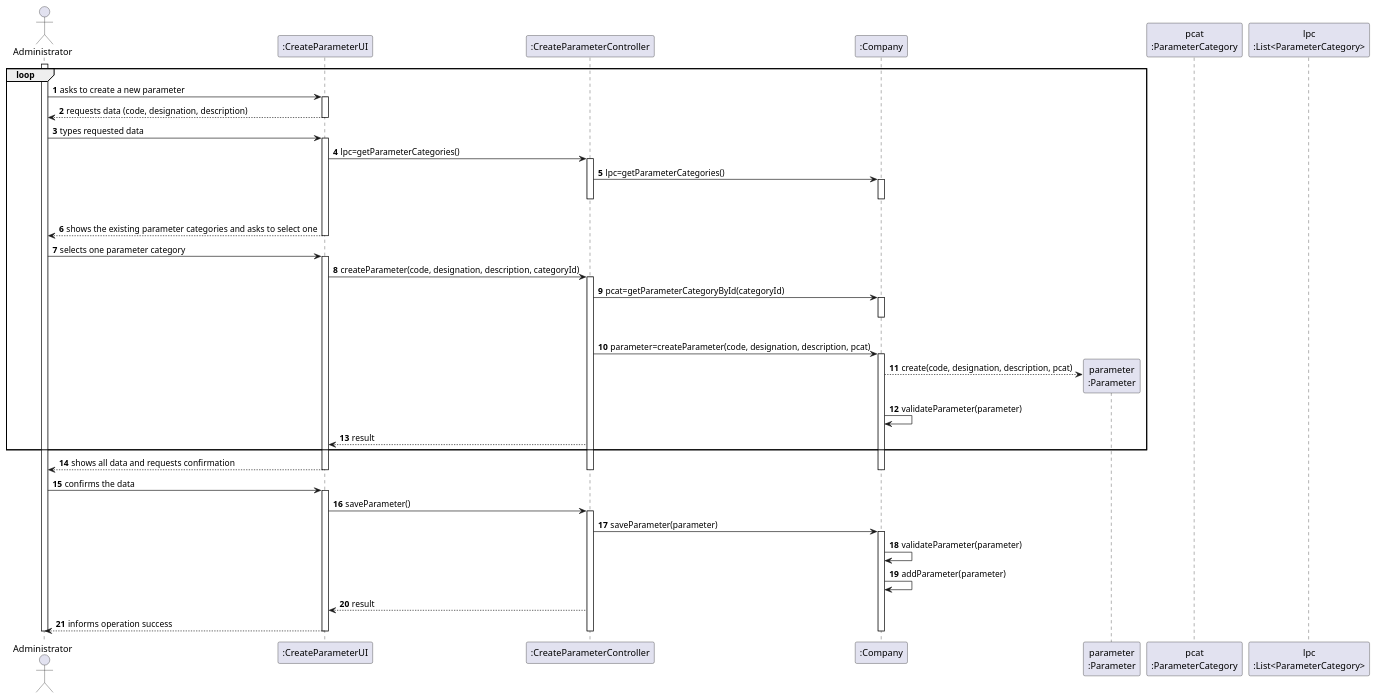
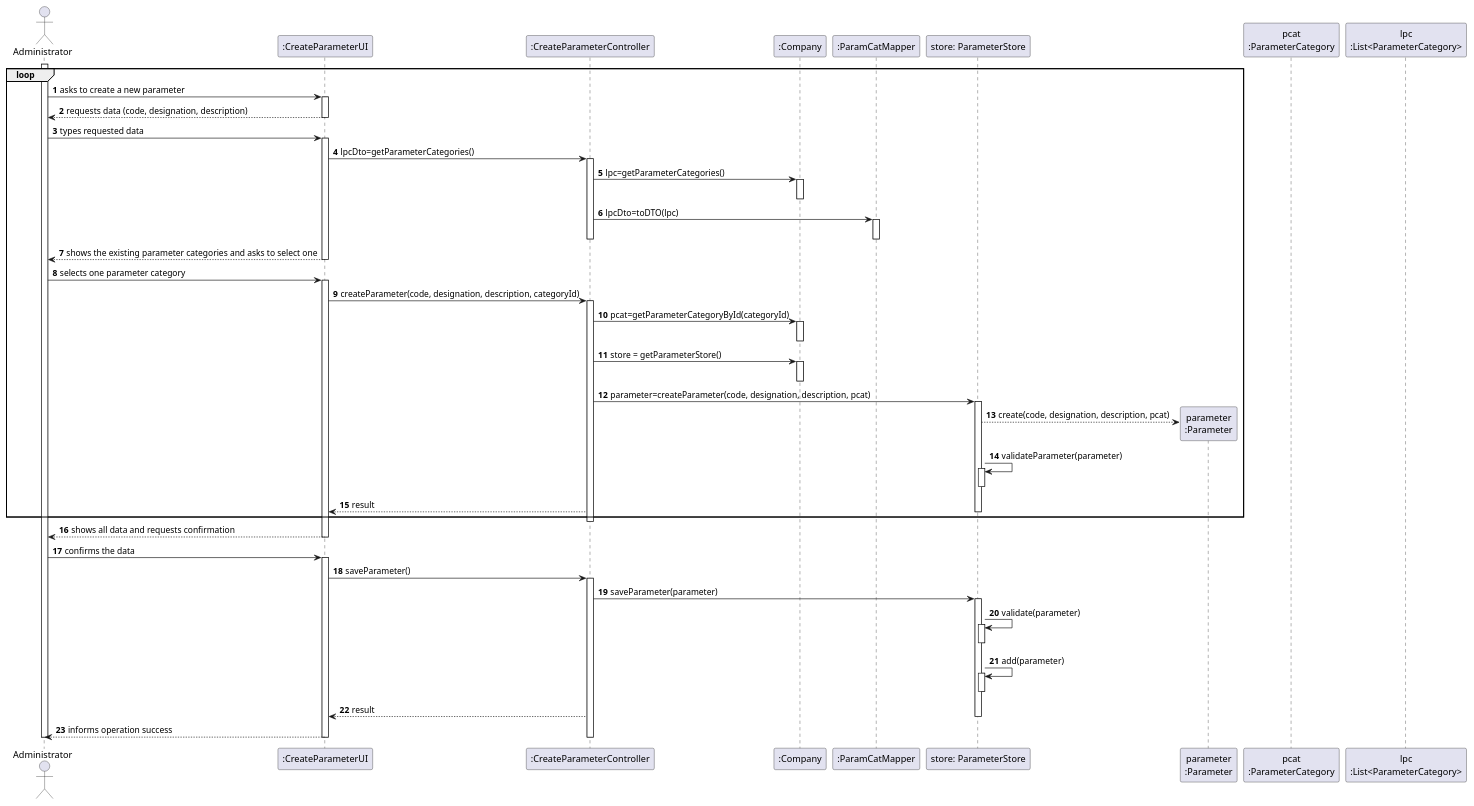
One commit to 0franciscor/lei-21-s2-1de-g19 changed the diagram in docs/SprintB/US10/US10-SD.puml. Above: the diagram before and after it, drawn with PlantUML. The commit also changed 1 other file, not shown here.

Commit message:
adição do DTO no SD US10

```diff
--- a/docs/SprintB/US10/US10-SD.puml
+++ b/docs/SprintB/US10/US10-SD.puml
@@ -1,83 +1,100 @@
 @startuml
 'https://plantuml.com/sequence-diagram
 
 autonumber
 'hide footbox
 actor "Administrator" as ADM
 
 participant ":CreateParameterUI" as CPUI
 participant ":CreateParameterController" as CPC
 participant ":Company" as COMP
+participant ":ParamCatMapper" as PCM
+participant "store: ParameterStore" as PS
 participant "parameter\n:Parameter" as PARAM
 participant "pcat\n:ParameterCategory" as CAT
 participant "lpc\n:List<ParameterCategory>" as LIST_CAT
 
 loop
 activate ADM
 ADM -> CPUI : asks to create a new parameter
 activate CPUI
 CPUI --> ADM : requests data (code, designation, description)
 deactivate CPUI
 
 ADM -> CPUI : types requested data
 activate CPUI
 
-CPUI -> CPC : lpc=getParameterCategories()
+CPUI -> CPC : lpcDto=getParameterCategories()
 activate CPC
 
 CPC -> COMP : lpc=getParameterCategories()
 activate COMP
-|||
 deactivate COMP
+
+CPC -> PCM : lpcDto=toDTO(lpc)
+activate PCM
+deactivate PCM
+
 deactivate CPC
 
 CPUI --> ADM : shows the existing parameter categories and asks to select one
 deactivate COMP
 deactivate CPUI
 
 ADM -> CPUI : selects one parameter category
 activate CPUI
 
 CPUI -> CPC : createParameter(code, designation, description, categoryId)
 activate CPC
 
 CPC -> COMP : pcat=getParameterCategoryById(categoryId)
 activate COMP
-|||
 deactivate COMP
 
-CPC -> COMP: parameter=createParameter(code, designation, description, pcat)
+CPC -> COMP: store = getParameterStore()
 activate COMP
+deactivate COMP
 
-COMP --> PARAM**: create(code, designation, description, pcat)
-COMP -> COMP: validateParameter(parameter)
+CPC -> PS: parameter=createParameter(code, designation, description, pcat)
+activate PS
+
+PS --> PARAM**: create(code, designation, description, pcat)
+PS -> PS: validateParameter(parameter)
+activate PS
+deactivate PS
 
 CPC --> CPUI: result
+deactivate PS
+end
+deactivate CPC
+CPUI --> ADM: shows all data and requests confirmation
 
-end
-CPUI --> ADM: shows all data and requests confirmation
-deactivate COMP
-deactivate CPC
+
 deactivate CPUI
 
 ADM -> CPUI : confirms the data
 activate CPUI
 CPUI -> CPC : saveParameter()
 activate CPC
 
-CPC -> COMP : saveParameter(parameter)
-activate COMP
+CPC -> PS : saveParameter(parameter)
+activate PS
 
-COMP -> COMP: validateParameter(parameter)
-COMP -> COMP: addParameter(parameter)
+PS -> PS: validate(parameter)
+activate PS
+deactivate PS
+PS -> PS: add(parameter)
+activate PS
+deactivate PS
+
 
 CPC --> CPUI: result
+deactivate PS
+CPUI --> ADM : informs operation success
 
-CPUI --> ADM : informs operation success
-deactivate COMP
 deactivate CPC
 deactivate CPUI
 
 deactivate ADM
 
 @enduml
```
